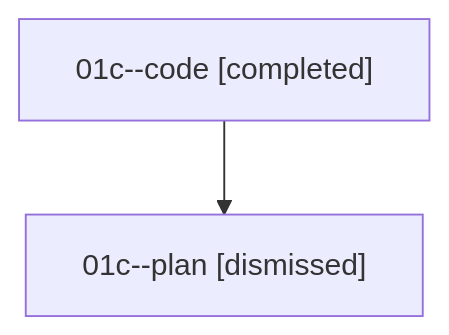
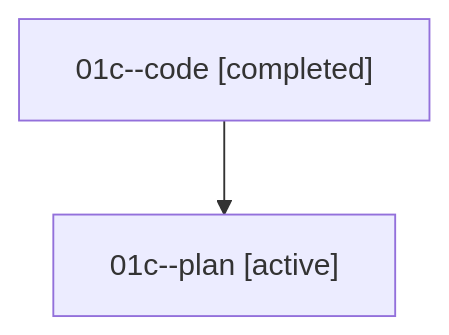
The diagram in families/bbugyi200.athena.01c.md (bobs-org/bob-cli--agents), drawn with Mermaid before and after one commit. The commit also changed other lines of this file and 1279 other files, not shown here.

````diff
--- a/families/bbugyi200.athena.01c.md
+++ b/families/bbugyi200.athena.01c.md
@@ -9,6 +9,6 @@
 ```mermaid
 flowchart TD
   n0["01c--code [completed]"]
-  n1["01c--plan [dismissed]"]
+  n1["01c--plan [active]"]
   n0 --> n1
 ```
````
